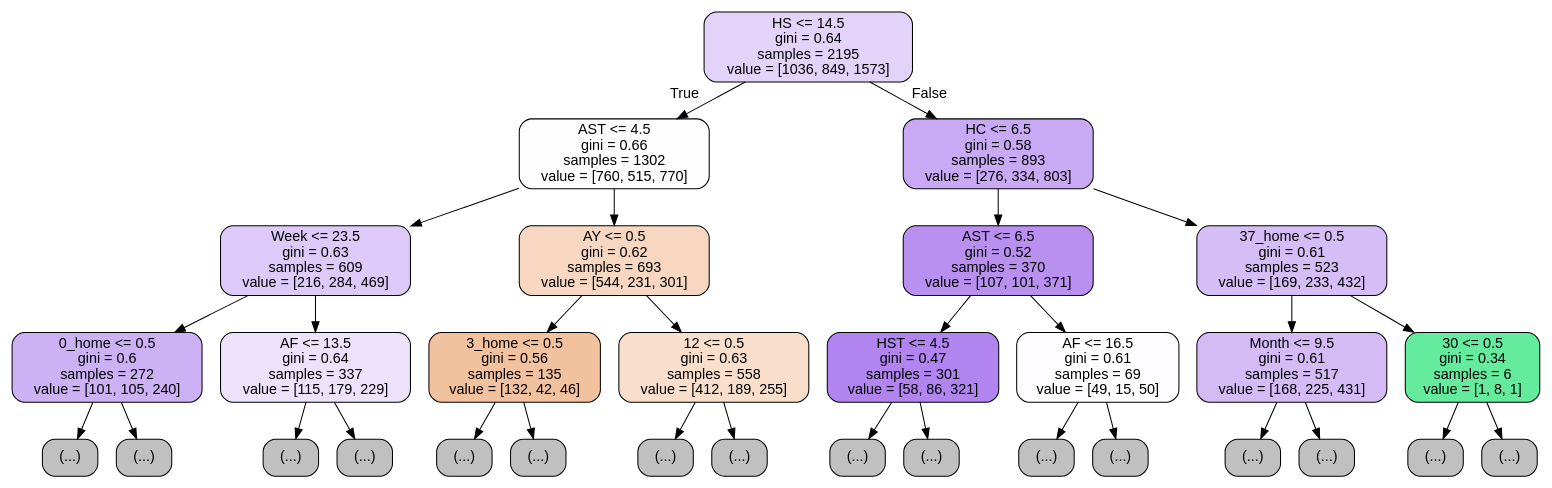
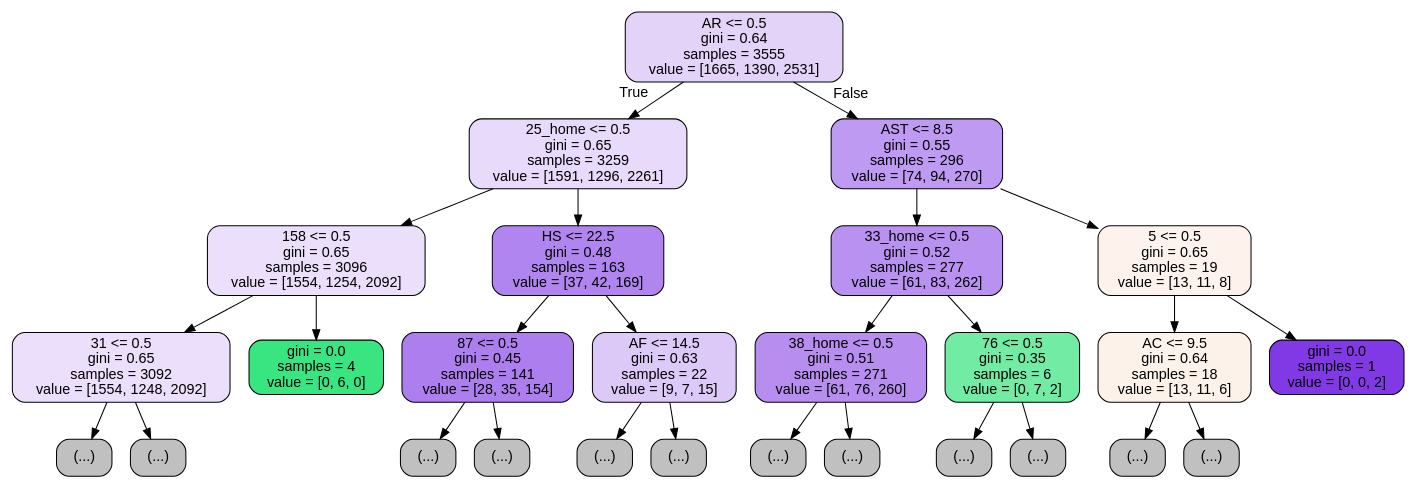
Before and after one commit to yolannel/BeatTheBookies: the diagram in featuresetTree.dot, drawn with Graphviz. The commit also changed 6 other files, not shown here.

```diff
--- a/featuresetTree.dot
+++ b/featuresetTree.dot
@@ -1,65 +1,57 @@
 digraph Tree {
 node [shape=box, style="filled, rounded", color="black", fontname=helvetica] ;
 edge [fontname=helvetica] ;
-0 [label="HS <= 14.5\ngini = 0.64\nsamples = 2195\nvalue = [1036, 849, 1573]", fillcolor="#e3d3f9"] ;
-1 [label="AST <= 4.5\ngini = 0.66\nsamples = 1302\nvalue = [760, 515, 770]", fillcolor="#fefdff"] ;
+0 [label="AR <= 0.5\ngini = 0.64\nsamples = 3555\nvalue = [1665, 1390, 2531]", fillcolor="#e3d3f9"] ;
+1 [label="25_home <= 0.5\ngini = 0.65\nsamples = 3259\nvalue = [1591, 1296, 2261]", fillcolor="#e7dafa"] ;
 0 -> 1 [labeldistance=2.5, labelangle=45, headlabel="True"] ;
-2 [label="Week <= 23.5\ngini = 0.63\nsamples = 609\nvalue = [216, 284, 469]", fillcolor="#ddcaf8"] ;
+2 [label="158 <= 0.5\ngini = 0.65\nsamples = 3096\nvalue = [1554, 1254, 2092]", fillcolor="#ebdffb"] ;
 1 -> 2 ;
-3 [label="0_home <= 0.5\ngini = 0.6\nsamples = 272\nvalue = [101, 105, 240]", fillcolor="#cdb1f5"] ;
+3 [label="31 <= 0.5\ngini = 0.65\nsamples = 3092\nvalue = [1554, 1248, 2092]", fillcolor="#ebdffb"] ;
 2 -> 3 ;
 4 [label="(...)", fillcolor="#C0C0C0"] ;
 3 -> 4 ;
-287 [label="(...)", fillcolor="#C0C0C0"] ;
-3 -> 287 ;
-300 [label="AF <= 13.5\ngini = 0.64\nsamples = 337\nvalue = [115, 179, 229]", fillcolor="#ede2fb"] ;
-2 -> 300 ;
-301 [label="(...)", fillcolor="#C0C0C0"] ;
-300 -> 301 ;
-580 [label="(...)", fillcolor="#C0C0C0"] ;
-300 -> 580 ;
-675 [label="AY <= 0.5\ngini = 0.62\nsamples = 693\nvalue = [544, 231, 301]", fillcolor="#f7d7c1"] ;
-1 -> 675 ;
-676 [label="3_home <= 0.5\ngini = 0.56\nsamples = 135\nvalue = [132, 42, 46]", fillcolor="#f2c19d"] ;
-675 -> 676 ;
-677 [label="(...)", fillcolor="#C0C0C0"] ;
-676 -> 677 ;
-822 [label="(...)", fillcolor="#C0C0C0"] ;
-676 -> 822 ;
-823 [label="12 <= 0.5\ngini = 0.63\nsamples = 558\nvalue = [412, 189, 255]", fillcolor="#f8decb"] ;
-675 -> 823 ;
-824 [label="(...)", fillcolor="#C0C0C0"] ;
-823 -> 824 ;
-1415 [label="(...)", fillcolor="#C0C0C0"] ;
-823 -> 1415 ;
-1446 [label="HC <= 6.5\ngini = 0.58\nsamples = 893\nvalue = [276, 334, 803]", fillcolor="#c8a9f4"] ;
-0 -> 1446 [labeldistance=2.5, labelangle=-45, headlabel="False"] ;
-1447 [label="AST <= 6.5\ngini = 0.52\nsamples = 370\nvalue = [107, 101, 371]", fillcolor="#b990f0"] ;
-1446 -> 1447 ;
-1448 [label="HST <= 4.5\ngini = 0.47\nsamples = 301\nvalue = [58, 86, 321]", fillcolor="#b184ef"] ;
-1447 -> 1448 ;
-1449 [label="(...)", fillcolor="#C0C0C0"] ;
-1448 -> 1449 ;
-1514 [label="(...)", fillcolor="#C0C0C0"] ;
-1448 -> 1514 ;
-1703 [label="AF <= 16.5\ngini = 0.61\nsamples = 69\nvalue = [49, 15, 50]", fillcolor="#fdfcff"] ;
-1447 -> 1703 ;
-1704 [label="(...)", fillcolor="#C0C0C0"] ;
-1703 -> 1704 ;
-1767 [label="(...)", fillcolor="#C0C0C0"] ;
-1703 -> 1767 ;
-1774 [label="37_home <= 0.5\ngini = 0.61\nsamples = 523\nvalue = [169, 233, 432]", fillcolor="#d5bdf6"] ;
-1446 -> 1774 ;
-1775 [label="Month <= 9.5\ngini = 0.61\nsamples = 517\nvalue = [168, 225, 431]", fillcolor="#d4bbf6"] ;
-1774 -> 1775 ;
-1776 [label="(...)", fillcolor="#C0C0C0"] ;
-1775 -> 1776 ;
-2111 [label="(...)", fillcolor="#C0C0C0"] ;
-1775 -> 2111 ;
-2296 [label="30 <= 0.5\ngini = 0.34\nsamples = 6\nvalue = [1, 8, 1]", fillcolor="#65eb9d"] ;
-1774 -> 2296 ;
-2297 [label="(...)", fillcolor="#C0C0C0"] ;
-2296 -> 2297 ;
-2300 [label="(...)", fillcolor="#C0C0C0"] ;
-2296 -> 2300 ;
+3655 [label="(...)", fillcolor="#C0C0C0"] ;
+3 -> 3655 ;
+3684 [label="gini = 0.0\nsamples = 4\nvalue = [0, 6, 0]", fillcolor="#39e581"] ;
+2 -> 3684 ;
+3685 [label="HS <= 22.5\ngini = 0.48\nsamples = 163\nvalue = [37, 42, 169]", fillcolor="#b185ef"] ;
+1 -> 3685 ;
+3686 [label="87 <= 0.5\ngini = 0.45\nsamples = 141\nvalue = [28, 35, 154]", fillcolor="#ad7eee"] ;
+3685 -> 3686 ;
+3687 [label="(...)", fillcolor="#C0C0C0"] ;
+3686 -> 3687 ;
+3806 [label="(...)", fillcolor="#C0C0C0"] ;
+3686 -> 3806 ;
+3815 [label="AF <= 14.5\ngini = 0.63\nsamples = 22\nvalue = [9, 7, 15]", fillcolor="#ddc9f8"] ;
+3685 -> 3815 ;
+3816 [label="(...)", fillcolor="#C0C0C0"] ;
+3815 -> 3816 ;
+3845 [label="(...)", fillcolor="#C0C0C0"] ;
+3815 -> 3845 ;
+3852 [label="AST <= 8.5\ngini = 0.55\nsamples = 296\nvalue = [74, 94, 270]", fillcolor="#bf9af2"] ;
+0 -> 3852 [labeldistance=2.5, labelangle=-45, headlabel="False"] ;
+3853 [label="33_home <= 0.5\ngini = 0.52\nsamples = 277\nvalue = [61, 83, 262]", fillcolor="#b991f1"] ;
+3852 -> 3853 ;
+3854 [label="38_home <= 0.5\ngini = 0.51\nsamples = 271\nvalue = [61, 76, 260]", fillcolor="#b78ef0"] ;
+3853 -> 3854 ;
+3855 [label="(...)", fillcolor="#C0C0C0"] ;
+3854 -> 3855 ;
+4140 [label="(...)", fillcolor="#C0C0C0"] ;
+3854 -> 4140 ;
+4147 [label="76 <= 0.5\ngini = 0.35\nsamples = 6\nvalue = [0, 7, 2]", fillcolor="#72eca5"] ;
+3853 -> 4147 ;
+4148 [label="(...)", fillcolor="#C0C0C0"] ;
+4147 -> 4148 ;
+4153 [label="(...)", fillcolor="#C0C0C0"] ;
+4147 -> 4153 ;
+4154 [label="5 <= 0.5\ngini = 0.65\nsamples = 19\nvalue = [13, 11, 8]", fillcolor="#fdf3ec"] ;
+3852 -> 4154 ;
+4155 [label="AC <= 9.5\ngini = 0.64\nsamples = 18\nvalue = [13, 11, 6]", fillcolor="#fcf2ea"] ;
+4154 -> 4155 ;
+4156 [label="(...)", fillcolor="#C0C0C0"] ;
+4155 -> 4156 ;
+4169 [label="(...)", fillcolor="#C0C0C0"] ;
+4155 -> 4169 ;
+4176 [label="gini = 0.0\nsamples = 1\nvalue = [0, 0, 2]", fillcolor="#8139e5"] ;
+4154 -> 4176 ;
 }
```
